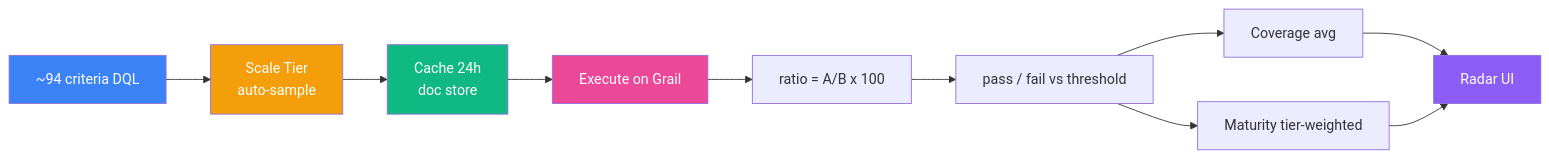
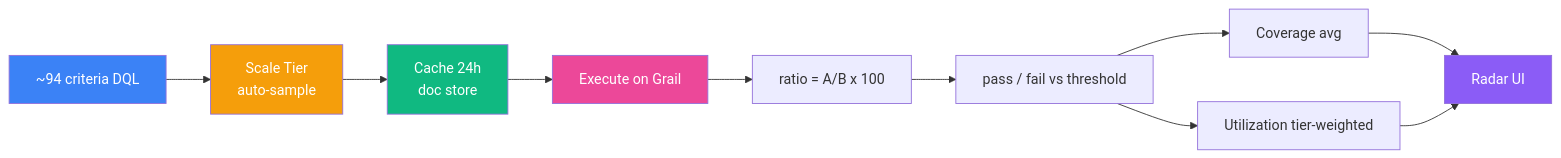
One commit to mbdccoletta/Pulse-Assessment-App changed the tenth of 10 diagrams in docs/ARCHITECTURE-DIAGRAM.md. Above: the diagram before and after it, drawn with Mermaid. The commit also changed other lines of this file and 11 other files, not shown here.

````diff
--- a/docs/ARCHITECTURE-DIAGRAM.md
+++ b/docs/ARCHITECTURE-DIAGRAM.md
@@ -438,18 +440,18 @@
 ```mermaid
 flowchart LR
     A[~94 criteria DQL] --> B[Scale Tier<br/>auto-sample]
     B --> C[Cache 24h<br/>doc store]
     C --> D[Execute on Grail]
     D --> E[ratio = A/B x 100]
     E --> F[pass / fail vs threshold]
     F --> G[Coverage avg]
-    F --> H[Maturity tier-weighted]
+    F --> H[Utilization tier-weighted]
     G --> I[Radar UI]
     H --> I
 
     style A fill:#3B82F6,color:#fff
     style B fill:#F59E0B,color:#fff
     style C fill:#10B981,color:#fff
     style D fill:#EC4899,color:#fff
     style I fill:#8B5CF6,color:#fff
 ```
````
